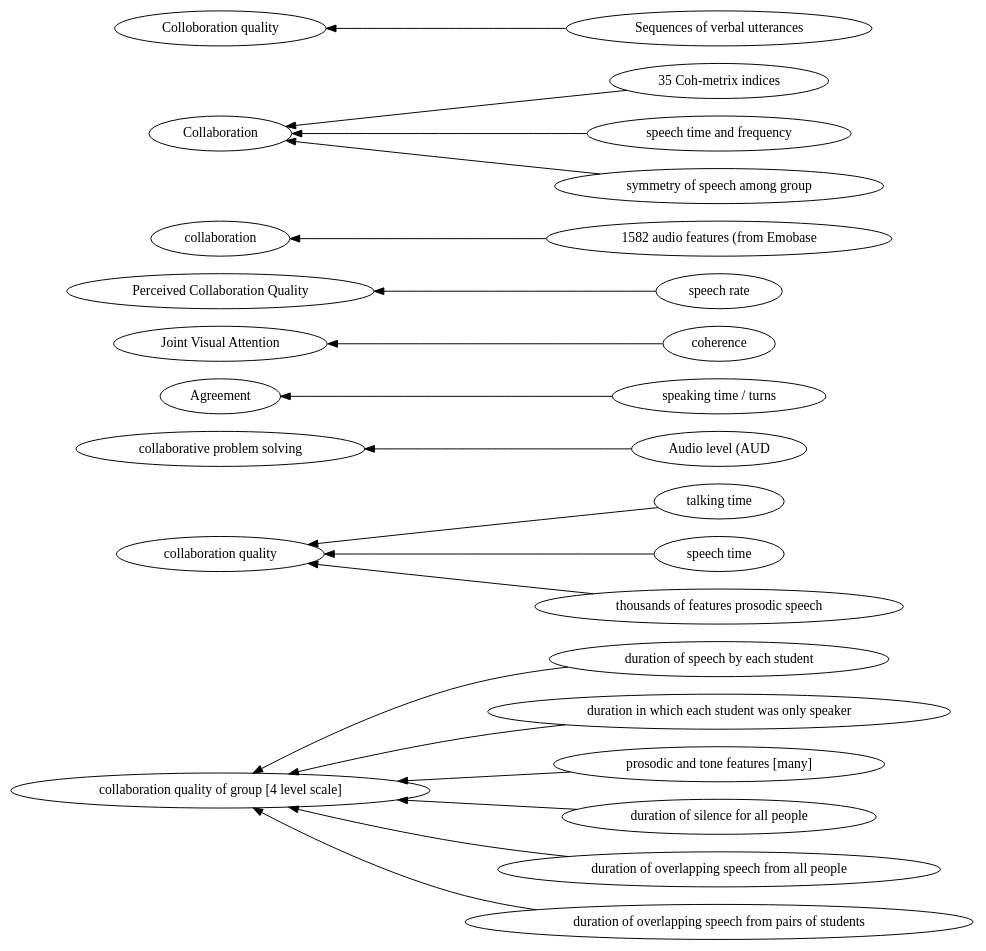
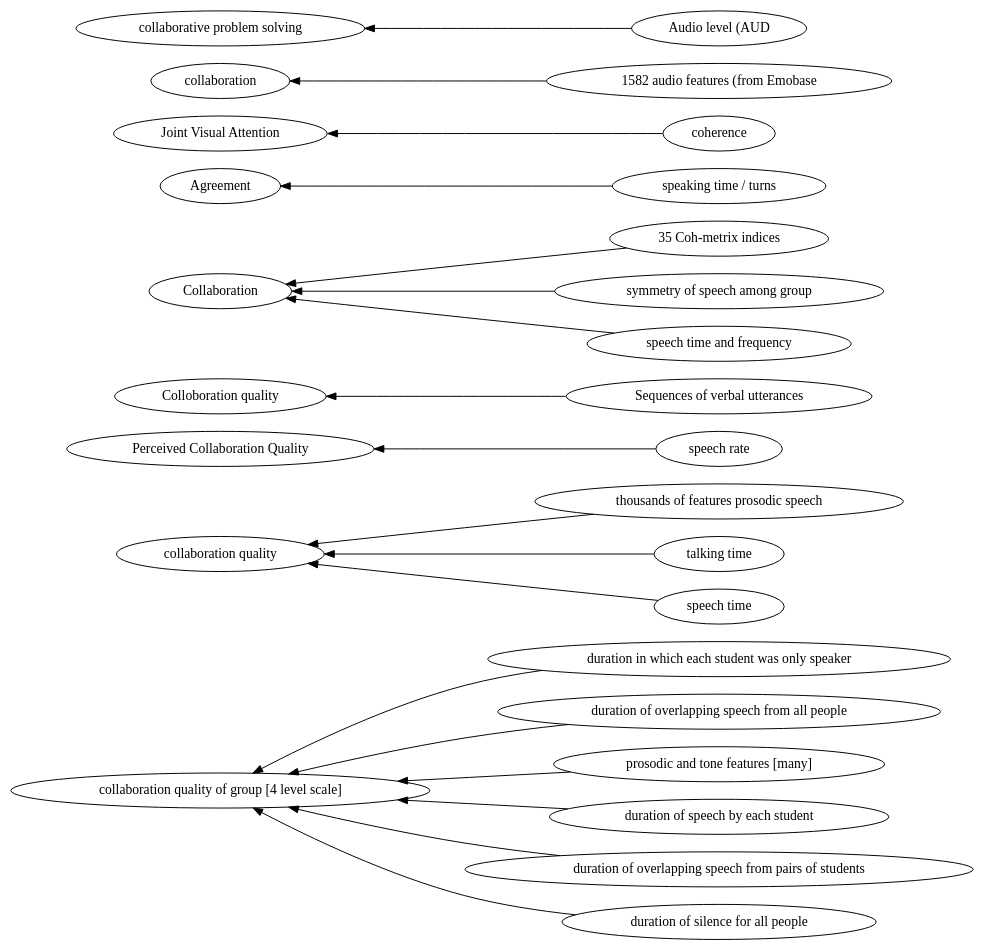
Before and after one commit to hgse-schneider/mmca: the diagram in graphviz/Verbal -> coordination.gv, drawn with Graphviz. The commit also changed 154 other files, not shown here.

```diff
--- a/graphviz/Verbal -> coordination.gv
+++ b/graphviz/Verbal -> coordination.gv
@@ -1,44 +1,44 @@
 digraph Test {
 	rankdir=RL
 	size="15,15"
 	overlap=false
 	splines=true
-	{rank=same; "duration of speech by each student" "duration in which each student was only speaker" "prosodic and tone features [many]" "talking time" "Audio level (AUD" "speaking time / turns" "coherence" "speech rate" "1582 audio features (from Emobase" "duration of silence for all people" "speech time" "35 Coh-metrix indices" "duration of overlapping speech from all people" "duration of overlapping speech from pairs of students" "speech time and frequency" "thousands of features prosodic speech" "Sequences of verbal utterances" "symmetry of speech among group";}
-	{rank=same; "Collaboration" "collaboration" "Colloboration quality" "collaborative problem solving" "Agreement" "collaboration quality of group [4 level scale]" "collaboration quality" "Joint Visual Attention" "Perceived Collaboration Quality";}
+	{rank=same; "duration in which each student was only speaker" "thousands of features prosodic speech" "duration of overlapping speech from all people" "prosodic and tone features [many]" "speech rate" "Sequences of verbal utterances" "35 Coh-metrix indices" "symmetry of speech among group" "speaking time / turns" "coherence" "1582 audio features (from Emobase" "duration of speech by each student" "duration of overlapping speech from pairs of students" "talking time" "duration of silence for all people" "speech time and frequency" "speech time" "Audio level (AUD";}
+	{rank=same; "Colloboration quality" "collaboration" "Collaboration" "Joint Visual Attention" "collaborative problem solving" "Agreement" "collaboration quality" "collaboration quality of group [4 level scale]" "Perceived Collaboration Quality";}
 	"Sequences of verbal utterances" [href="https://scholar.google.com/scholar?hl=en&q=Capturing%20and%20analyzing%20verbal%20and%20physical%20collaborative%20learning%20interactions%20at%20an%20enriched%20interactive%20tabletop"]
 	"Sequences of verbal utterances" -> "Colloboration quality"
 	"1582 audio features (from Emobase" [href="https://scholar.google.com/scholar?hl=en&q=High%20Accuracy%20Detection%20of%20Collaboration%20From%20Log%20Data%20and%20Superficial%20Speech%20Features"]
 	"1582 audio features (from Emobase" -> collaboration
 	coherence [href="https://scholar.google.com/scholar?hl=en&q=Does%20Seeing%20One%20Another’s%20Gaze%20Affect%20Group%20Dialogue?"]
 	coherence -> "Joint Visual Attention"
 	"35 Coh-metrix indices" [href="https://scholar.google.com/scholar?hl=en&q=Predicting%20the%20Quality%20of%20Collaborative%20Problem%20Solving%20Through%20Linguistic%20Analysis%20of%20Discourse"]
 	"35 Coh-metrix indices" -> Collaboration
 	"talking time" [href="https://scholar.google.com/scholar?hl=en&q=Toward%20Using%20Multi-Modal%20Learning%20Analytics%20to%20Support%20and%20Measure%20Collaboration%20in%20Co-Located%20Dyads"]
 	"talking time" -> "collaboration quality"
 	"Audio level (AUD" [href="https://scholar.google.com/scholar?hl=en&q=Estimation%20of%20success%20in%20collaborative%20learning%20based%20on%20multimodal%20learning%20analytics%20features"]
 	"Audio level (AUD" -> "collaborative problem solving"
 	"speech time and frequency" [href="https://scholar.google.com/scholar?hl=en&q=An%20Automatic%20Approach%20for%20Mining%20Patterns%20of%20Collaboration%20around%20an%20Interactive%20Tabletop"]
 	"speech time and frequency" -> Collaboration
 	"symmetry of speech among group" [href="https://scholar.google.com/scholar?hl=en&q=An%20Automatic%20Approach%20for%20Mining%20Patterns%20of%20Collaboration%20around%20an%20Interactive%20Tabletop"]
 	"symmetry of speech among group" -> Collaboration
 	"speaking time / turns" [href="https://scholar.google.com/scholar?hl=en&q=Multi-modal%20Social%20Signal%20Analysis%20for%20Predicting%20Agreement%20in%20Conversation%20Settings"]
 	"speaking time / turns" -> Agreement
 	"speech time" [href="https://scholar.google.com/scholar?hl=en&q=Using%20the%20Tablet%20Gestures%20and%20Speech%20of%20Pairs%20of%20Students%20to%20Classify%20Their%20Collaboration"]
 	"speech time" -> "collaboration quality"
 	"thousands of features prosodic speech" [href="https://scholar.google.com/scholar?hl=en&q=Using%20the%20Tablet%20Gestures%20and%20Speech%20of%20Pairs%20of%20Students%20to%20Classify%20Their%20Collaboration"]
 	"thousands of features prosodic speech" -> "collaboration quality"
 	"duration of speech by each student" [href="https://scholar.google.com/scholar?hl=en&q=Privacy-Preserving%20Speech%20Analytics%20for%20Automatic%20Assessment%20of%20Student%20Collaboration"]
 	"duration of speech by each student" -> "collaboration quality of group [4 level scale]"
 	"duration in which each student was only speaker" [href="https://scholar.google.com/scholar?hl=en&q=Privacy-Preserving%20Speech%20Analytics%20for%20Automatic%20Assessment%20of%20Student%20Collaboration"]
 	"duration in which each student was only speaker" -> "collaboration quality of group [4 level scale]"
 	"duration of overlapping speech from pairs of students" [href="https://scholar.google.com/scholar?hl=en&q=Privacy-Preserving%20Speech%20Analytics%20for%20Automatic%20Assessment%20of%20Student%20Collaboration"]
 	"duration of overlapping speech from pairs of students" -> "collaboration quality of group [4 level scale]"
 	"duration of overlapping speech from all people" [href="https://scholar.google.com/scholar?hl=en&q=Privacy-Preserving%20Speech%20Analytics%20for%20Automatic%20Assessment%20of%20Student%20Collaboration"]
 	"duration of overlapping speech from all people" -> "collaboration quality of group [4 level scale]"
 	"duration of silence for all people" [href="https://scholar.google.com/scholar?hl=en&q=Privacy-Preserving%20Speech%20Analytics%20for%20Automatic%20Assessment%20of%20Student%20Collaboration"]
 	"duration of silence for all people" -> "collaboration quality of group [4 level scale]"
 	"prosodic and tone features [many]" [href="https://scholar.google.com/scholar?hl=en&q=Privacy-Preserving%20Speech%20Analytics%20for%20Automatic%20Assessment%20of%20Student%20Collaboration"]
 	"prosodic and tone features [many]" -> "collaboration quality of group [4 level scale]"
 	"speech rate" [href="https://scholar.google.com/scholar?hl=en&q=Modeling%20Team-level%20Multimodal%20Dynamics%20during%20Multiparty%20Collaboration"]
 	"speech rate" -> "Perceived Collaboration Quality"
 }
```
